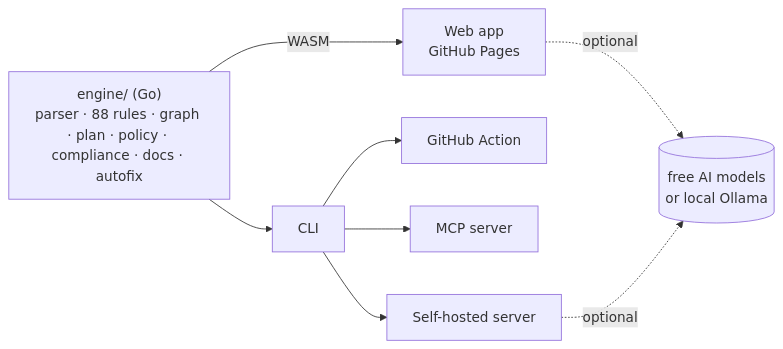
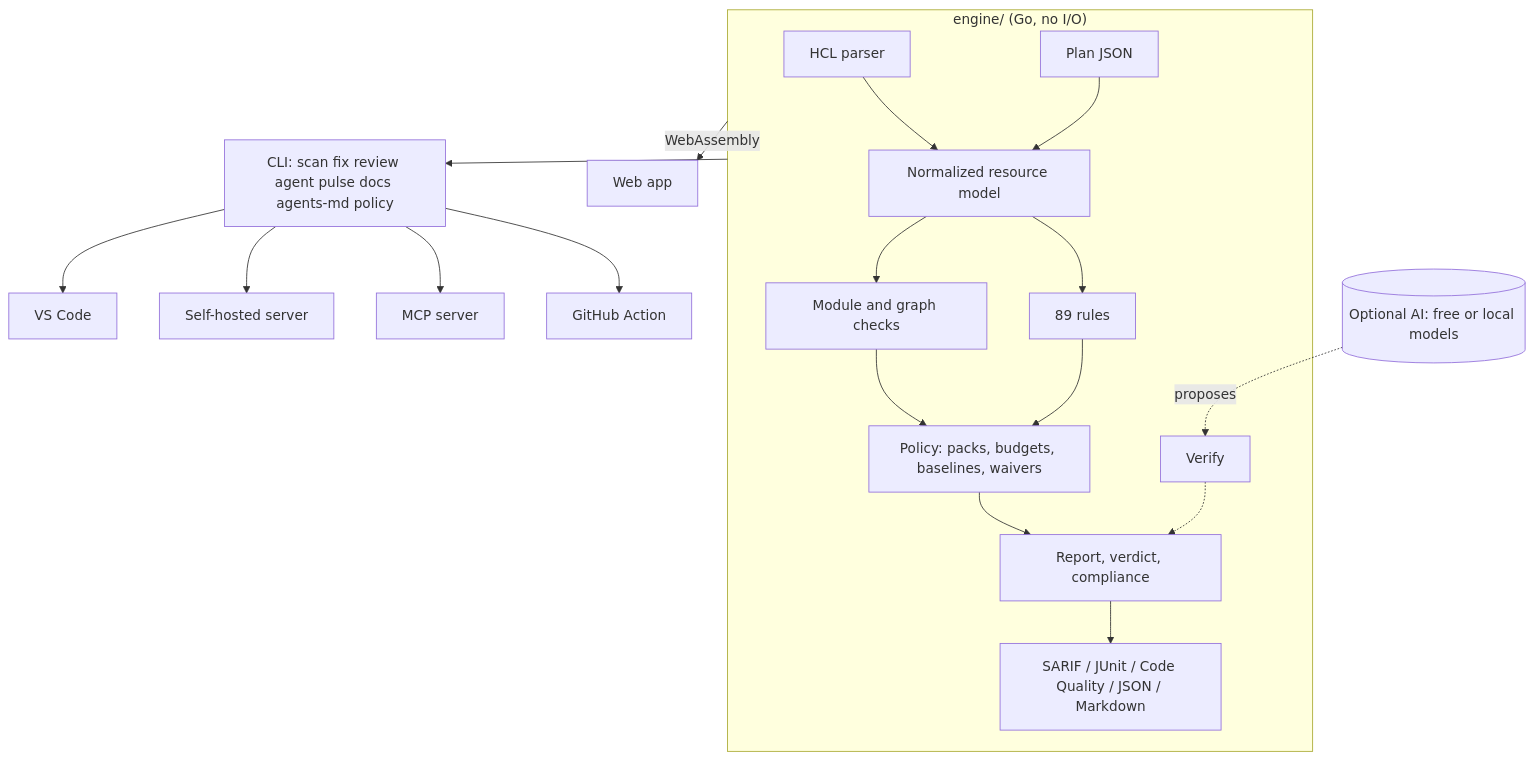
One commit to Karthik-099/TERRAGUARD changed the second of 2 diagrams in README.md. Above: the diagram before and after it, drawn with Mermaid. The commit also changed other lines of this file and 58 other files, not shown here.

Commit message:
feat: diff-aware review, verified AI agent, pulse, policy packs, agents-md, VS Code, GitLab/Jenkins, new site

````diff
--- a/README.md
+++ b/README.md
@@ -137,10 +112,16 @@
 ```mermaid
-flowchart LR
-  E["engine/ (Go)<br/>parser · 88 rules · graph · plan · policy · compliance · docs · autofix"]
-  E -- WASM --> W[Web app<br/>GitHub Pages]
-  E --> C[CLI] --> A[GitHub Action]
-  C --> M[MCP server]
-  C --> S[Self-hosted server]
-  W -. optional .-> L[(free AI models<br/>or local Ollama)]
-  S -. optional .-> L
+flowchart TB
+  subgraph Engine["engine/ (Go, no I/O)"]
+    P[HCL parser] --> N[Normalized resource model]
+    PL[Plan JSON] --> N
+    N --> R[89 rules] & M[Module and graph checks]
+    R & M --> POL[Policy: packs, budgets, baselines, waivers]
+    POL --> REP[Report, verdict, compliance]
+    REP --> OUT[SARIF / JUnit / Code Quality / JSON / Markdown]
+    V[Verify] -.-> REP
+  end
+  Engine -->|WebAssembly| WEB[Web app]
+  Engine --> CLI[CLI: scan fix review agent pulse docs agents-md policy]
+  CLI --> ACT[GitHub Action] & MCP[MCP server] & SRV[Self-hosted server] & VSC[VS Code]
+  AI[(Optional AI: free or local models)] -. proposes .-> V
 ```
````
